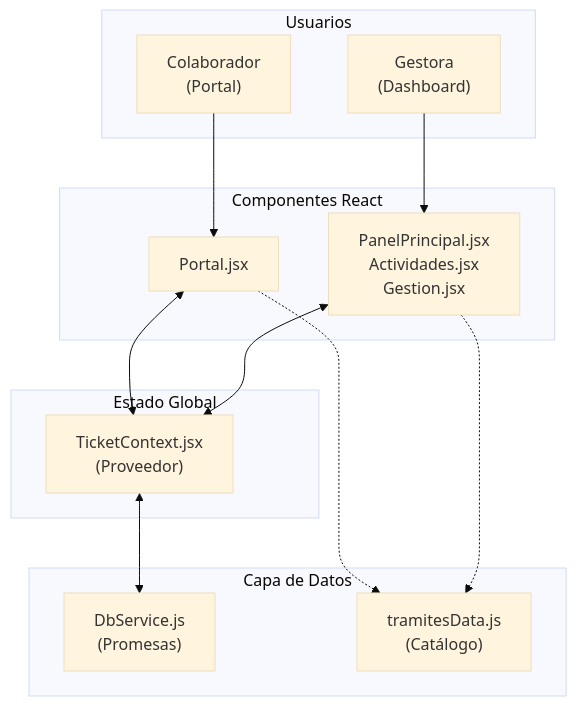
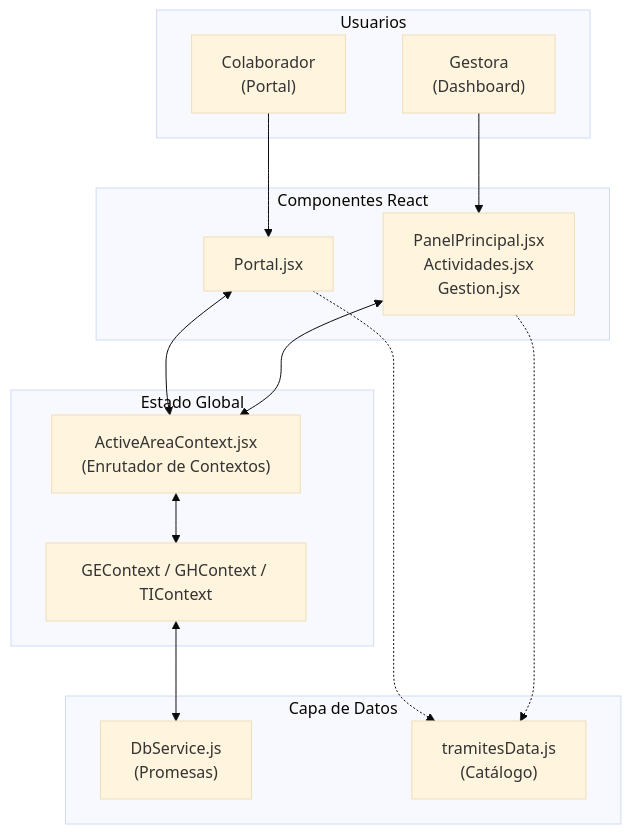
Before and after one commit to juanpa48/gestor: the diagram in docs/DEPENDENCIES.md, drawn with Mermaid (base theme). The commit also changed other lines of this file and 2 other files, not shown here.

````diff
--- a/docs/DEPENDENCIES.md
+++ b/docs/DEPENDENCIES.md
@@ -9,29 +9,31 @@
 ```mermaid
 flowchart TD
     subgraph Usuarios
         U1["Colaborador\n(Portal)"]
         U2["Gestora\n(Dashboard)"]
     end
 
     subgraph Componentes React
         P["Portal.jsx"]
         D["PanelPrincipal.jsx\nActividades.jsx\nGestion.jsx"]
     end
 
     subgraph Estado Global
-        CTX["TicketContext.jsx\n(Proveedor)"]
+        CTX["ActiveAreaContext.jsx\n(Enrutador de Contextos)"]
+        GE["GEContext / GHContext / TIContext"]
     end
 
     subgraph Capa de Datos
         DB["DbService.js\n(Promesas)"]
         TR["tramitesData.js\n(Catálogo)"]
     end
 
     U1 --> P
     U2 --> D
     P <--> CTX
     D <--> CTX
-    CTX <--> DB
+    CTX <--> GE
+    GE <--> DB
     P -.-> TR
     D -.-> TR
 ```
````
